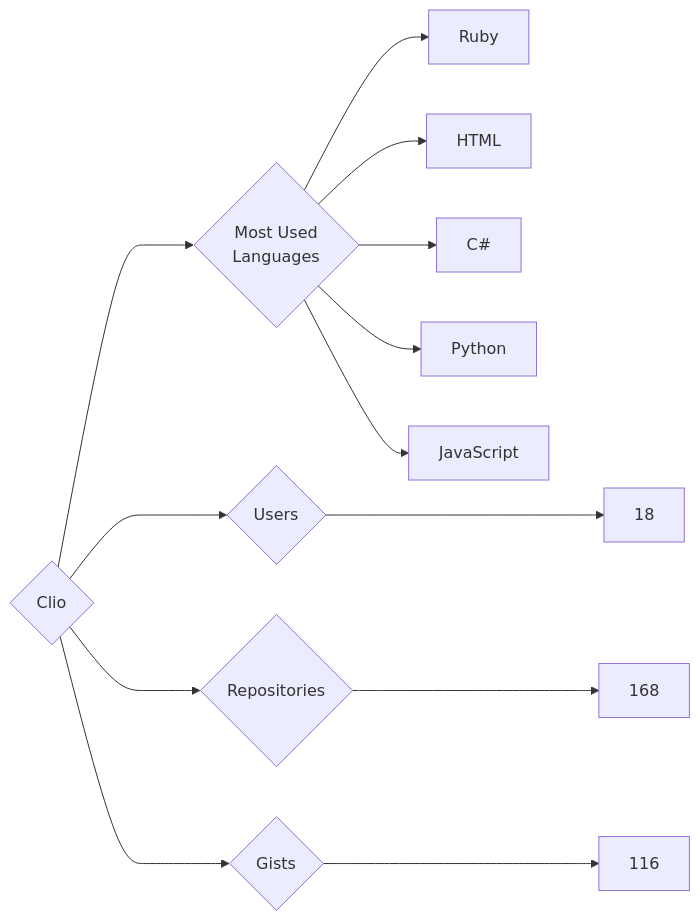
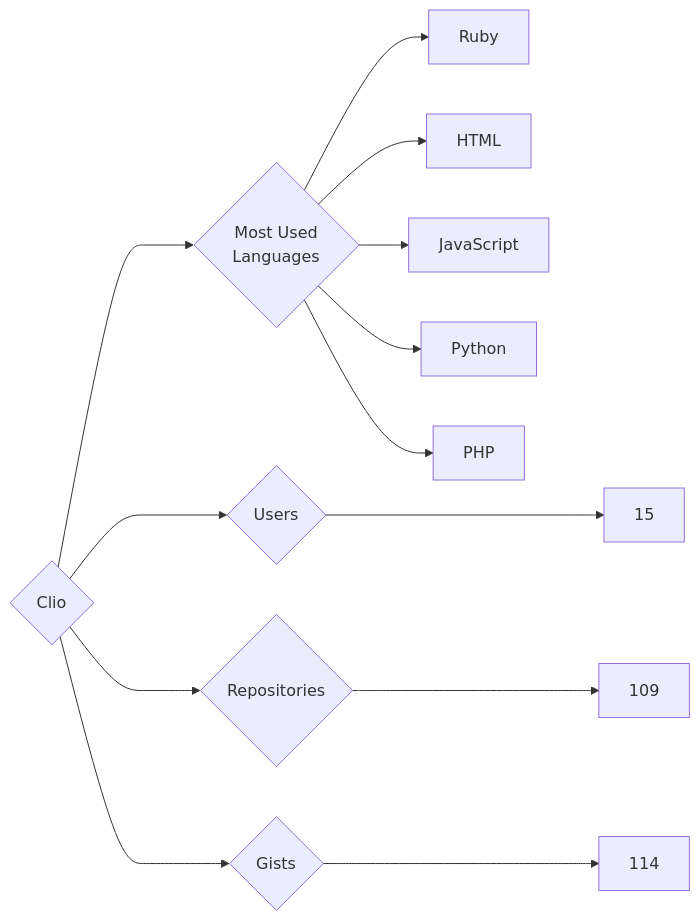
One commit to trickest/insiders changed the diagram in targets/Clio/README.md. Above: the diagram before and after it, drawn with Mermaid. The commit also changed 714 other files, not shown here.

````diff
--- a/targets/Clio/README.md
+++ b/targets/Clio/README.md
@@ -3,13 +3,13 @@
 ```mermaid
 graph LR
 COMPANY_NAME{Clio}
-COMPANY_NAME ---> U{Users} ---> UN[18]
-COMPANY_NAME ---> R{Repositories} ---> RN[168]
-COMPANY_NAME ---> G{Gists} ---> GN[116]
+COMPANY_NAME ---> U{Users} ---> UN[15]
+COMPANY_NAME ---> R{Repositories} ---> RN[109]
+COMPANY_NAME ---> G{Gists} ---> GN[114]
 COMPANY_NAME ---> ML{Most Used<br>Languages}
 ML --> Ruby[Ruby]
 ML --> HTML[HTML]
-ML --> C#[C#]
+ML --> JavaScript[JavaScript]
 ML --> Python[Python]
-ML --> JavaScript[JavaScript]
+ML --> PHP[PHP]
 ```
````
